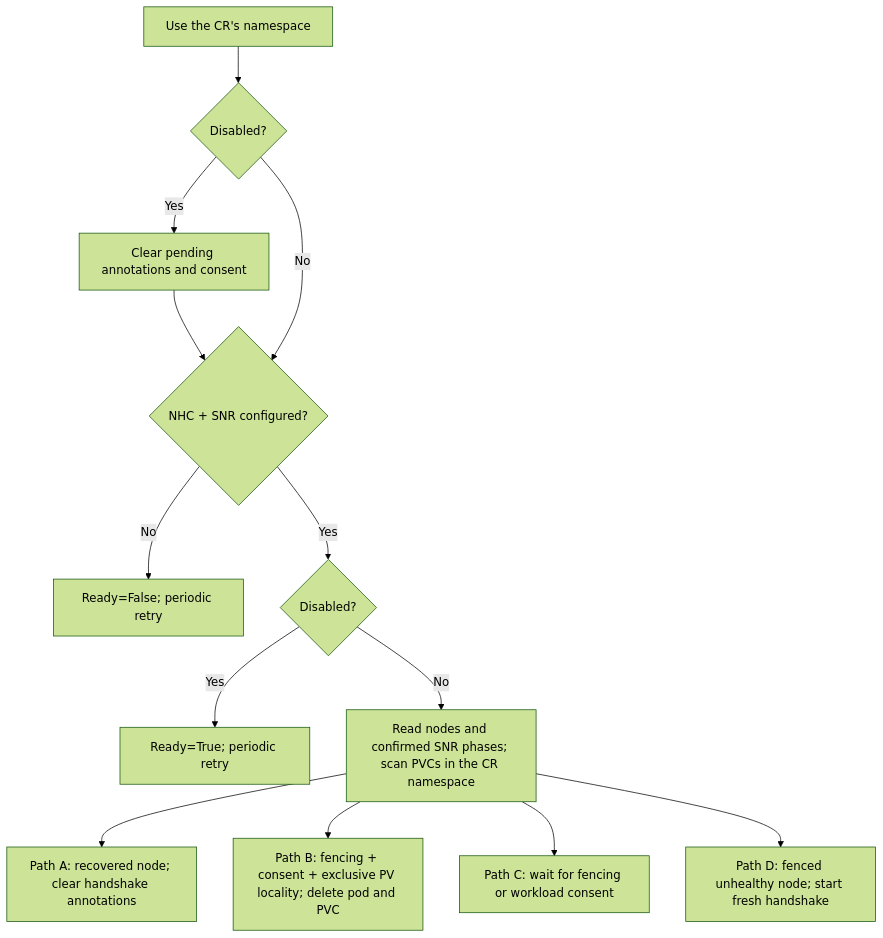
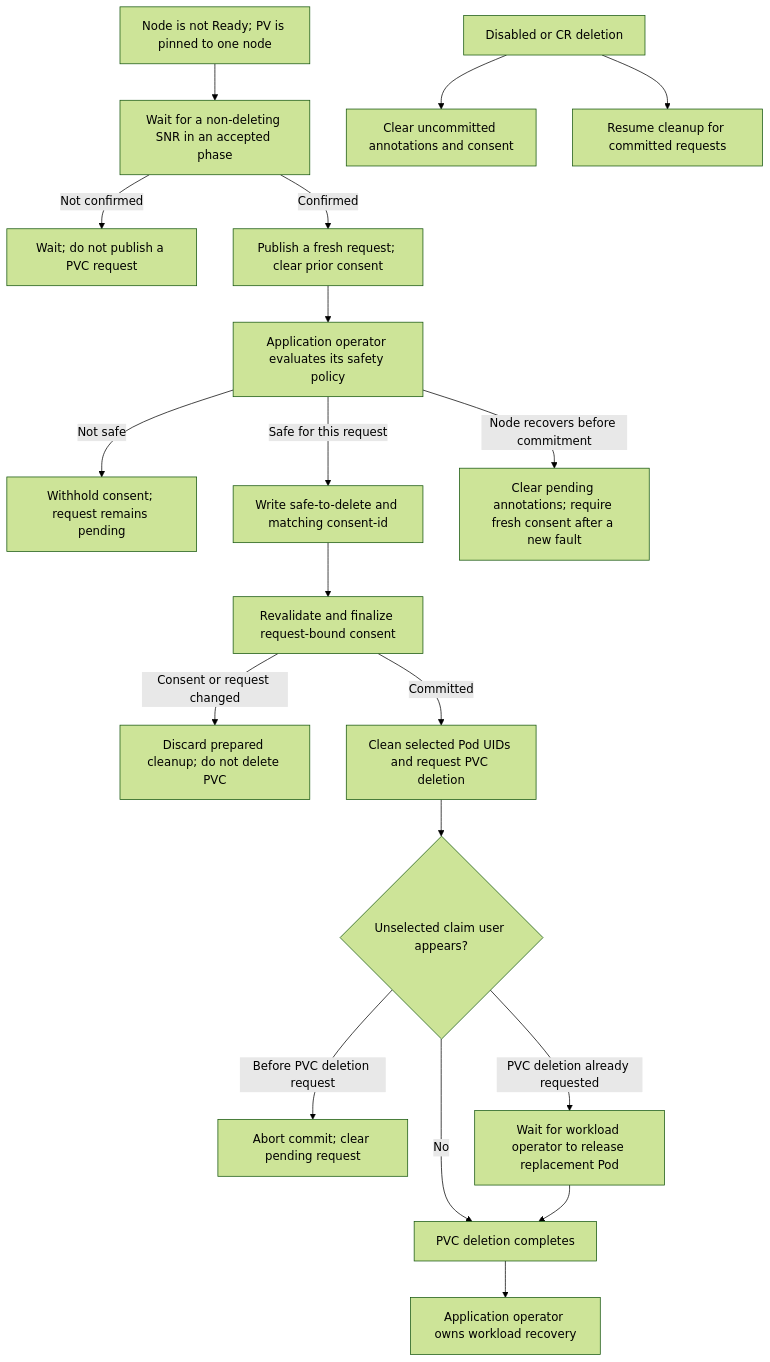
The diagram in docs/podremediator_architecture.md (openstack-k8s-operators/infra-operator), drawn with Mermaid (forest theme) before and after one commit. The commit also changed other lines of this file and 5 other files, not shown here.

````diff
--- a/docs/podremediator_architecture.md
+++ b/docs/podremediator_architecture.md
@@ -147,15 +51,21 @@
 ```mermaid
 flowchart TD
-    V["Use the CR's namespace"] --> D{"Disabled?"}
-    D -->|Yes| C["Clear pending annotations and consent"]
-    C --> N{"NHC + SNR configured?"}
-    D -->|No| N
-    N -->|No| E["Ready=False; periodic retry"]
-    N -->|Yes| M{"Disabled?"}
-    M -->|Yes| I["Ready=True; periodic retry"]
-    M -->|No| S["Read nodes and confirmed SNR phases; scan PVCs in the CR namespace"]
-    S --> A["Path A: recovered node; clear handshake annotations"]
-    S --> B["Path B: fencing + consent + exclusive PV locality; delete pod and PVC"]
-    S --> W["Path C: wait for fencing or workload consent"]
-    S --> P["Path D: fenced unhealthy node; start fresh handshake"]
+    N[Node is not Ready; PV is pinned to one node] --> S[Wait for a non-deleting SNR in an accepted phase]
+    S -->|Not confirmed| W[Wait; do not publish a PVC request]
+    S -->|Confirmed| R[Publish a fresh request; clear prior consent]
+    R --> A[Application operator evaluates its safety policy]
+    A -->|Not safe| H[Withhold consent; request remains pending]
+    A -->|Safe for this request| C[Write safe-to-delete and matching consent-id]
+    C --> B[Revalidate and finalize request-bound consent]
+    B -->|Consent or request changed| X[Discard prepared cleanup; do not delete PVC]
+    B -->|Committed| P[Clean selected Pod UIDs and request PVC deletion]
+    P --> Q{Unselected claim user appears?}
+    Q -->|Before PVC deletion request| Z[Abort commit; clear pending request]
+    Q -->|PVC deletion already requested| Y[Wait for workload operator to release replacement Pod]
+    Q -->|No| D[PVC deletion completes]
+    Y --> D
+    D --> O[Application operator owns workload recovery]
+    A -->|Node recovers before commitment| F[Clear pending annotations; require fresh consent after a new fault]
+    M[Disabled or CR deletion] --> U[Clear uncommitted annotations and consent]
+    M --> K[Resume cleanup for committed requests]
 ```
````
